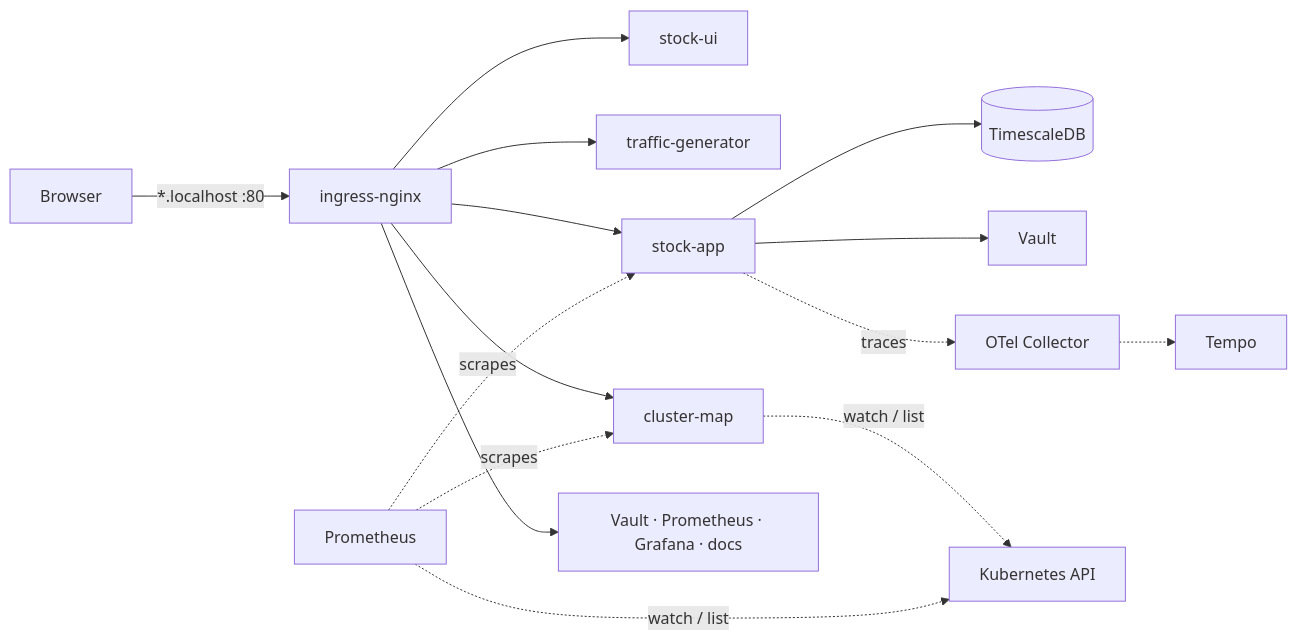
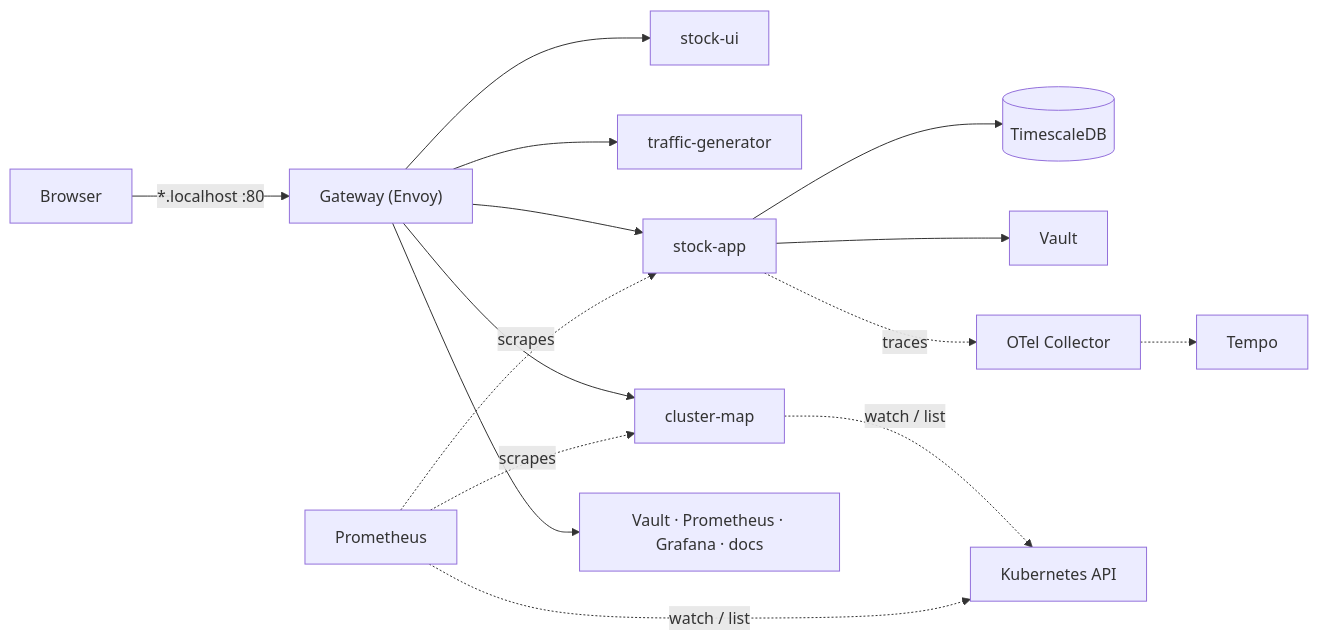
One commit to Jeremiaszmacura/platform-engineering-stack changed the diagram in documentation/docs/design.md. Above: the diagram before and after it, drawn with Mermaid. The commit also changed other lines of this file and 51 other files, not shown here.

````diff
--- a/documentation/docs/design.md
+++ b/documentation/docs/design.md
@@ -9,10 +9,10 @@
 ```mermaid
 flowchart LR
-    B[Browser] -->|"*.localhost :80"| IC[ingress-nginx]
-    IC --> SUI[stock-ui] & TG[traffic-generator] & ST[stock-app] & CM[cluster-map] & OTHER["Vault · Prometheus · Grafana · docs"]
+    B[Browser] -->|"*.localhost :80"| GW["Gateway (Envoy)"]
+    GW --> SUI[stock-ui] & TG[traffic-generator] & ST[stock-app] & CM[cluster-map] & OTHER["Vault · Prometheus · Grafana · docs"]
     ST --> TS[(TimescaleDB)]
     ST --> VA[Vault]
     PR[Prometheus] -.scrapes.-> ST & CM
     ST -.traces.-> OC[OTel Collector] -.-> TE[Tempo]
     CM & PR -.watch / list.-> API[Kubernetes API]
 ```
````
